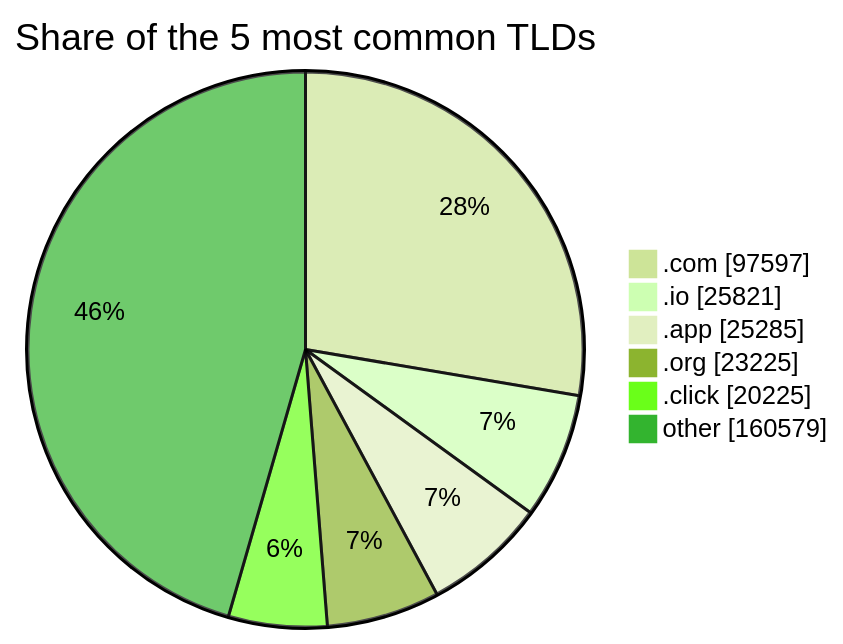
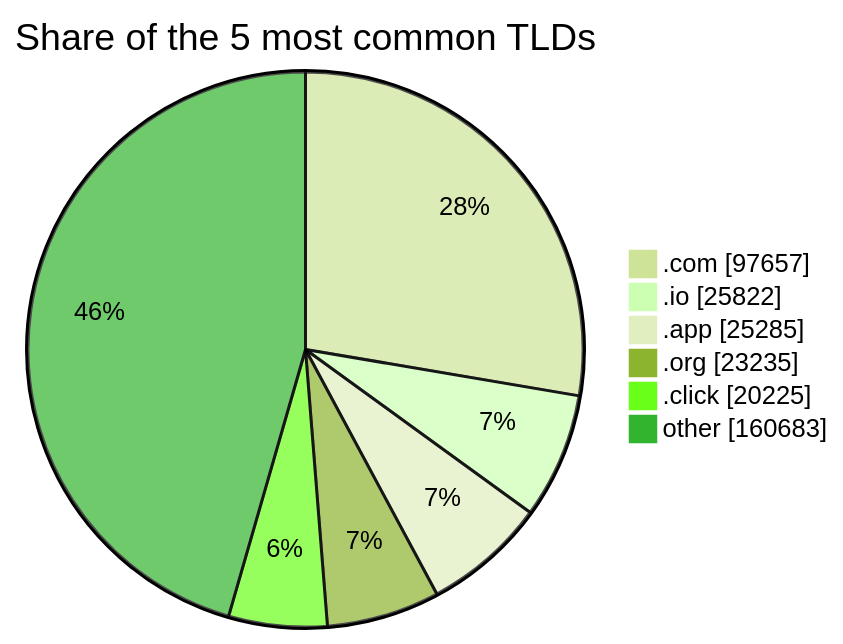
One commit to DNSBunker/CTI changed the third of 3 diagrams in README.md. Above: the diagram before and after it, drawn with Mermaid (forest theme). The commit also changed other lines of this file and 3 other files, not shown here.

````diff
--- a/README.md
+++ b/README.md
@@ -81,9 +81,9 @@
 ```mermaid
 pie showData title Share of the 5 most common TLDs
-    ".com" : 97597
-    ".io" : 25821
+    ".com" : 97657
+    ".io" : 25822
     ".app" : 25285
-    ".org" : 23225
+    ".org" : 23235
     ".click" : 20225
-    "other" : 160579
+    "other" : 160683
 ```
````
